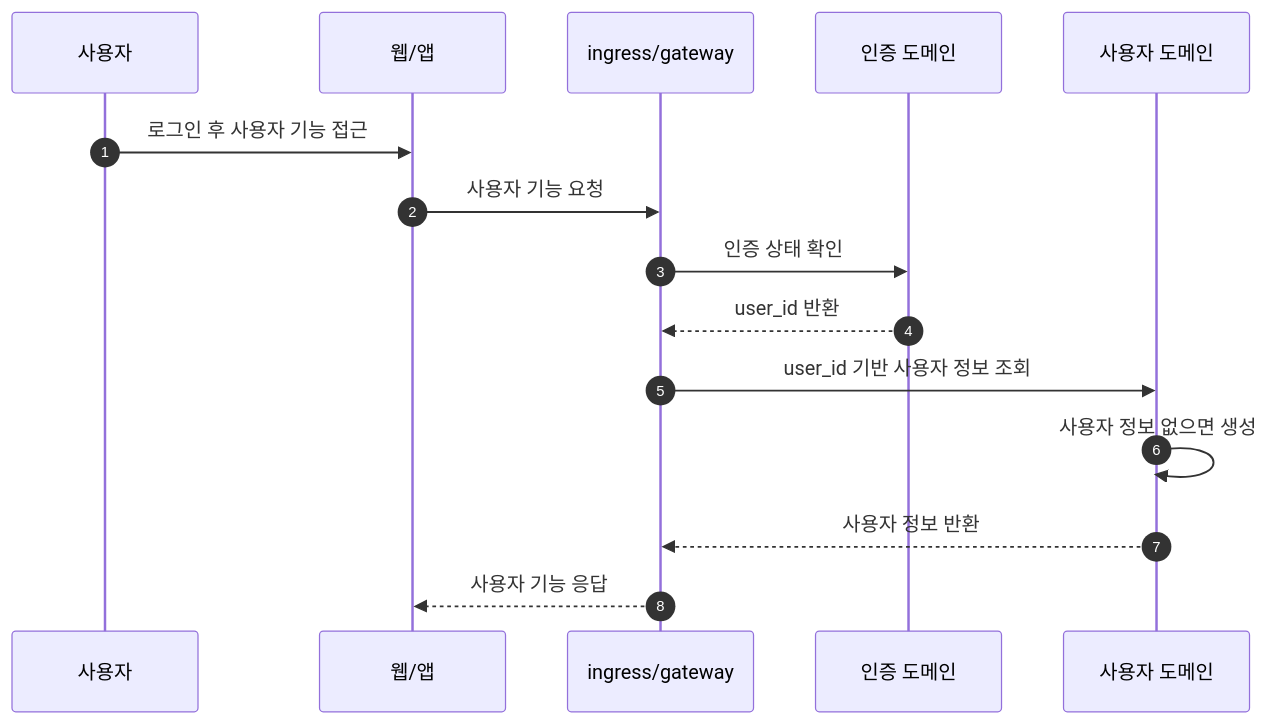
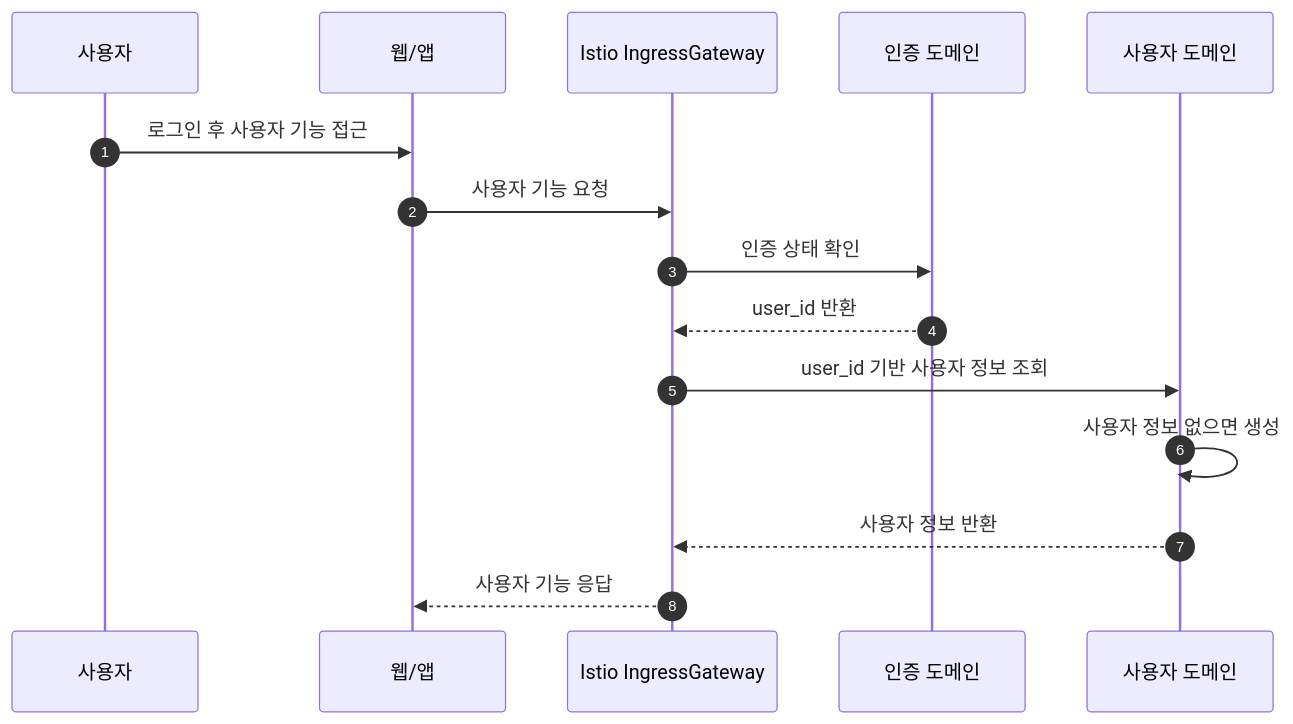
Diagram 14 of 15 in features/auth-user/01-scenarios.md (Medikong/archive), drawn with Mermaid before and after one commit. The commit also changed other lines of this file and 5 other files, not shown here.

````diff
--- a/features/auth-user/01-scenarios.md
+++ b/features/auth-user/01-scenarios.md
@@ -536,18 +618,18 @@
 ```mermaid
 sequenceDiagram
     autonumber
     participant U as 사용자
     participant FE as 웹/앱
-    participant GW as ingress/gateway
+    participant GW as Istio IngressGateway
     participant AUTH as 인증 도메인
     participant USER as 사용자 도메인
 
     U->>FE: 로그인 후 사용자 기능 접근
     FE->>GW: 사용자 기능 요청
     GW->>AUTH: 인증 상태 확인
     AUTH-->>GW: user_id 반환
     GW->>USER: user_id 기반 사용자 정보 조회
     USER->>USER: 사용자 정보 없으면 생성
     USER-->>GW: 사용자 정보 반환
     GW-->>FE: 사용자 기능 응답
 ```
````
